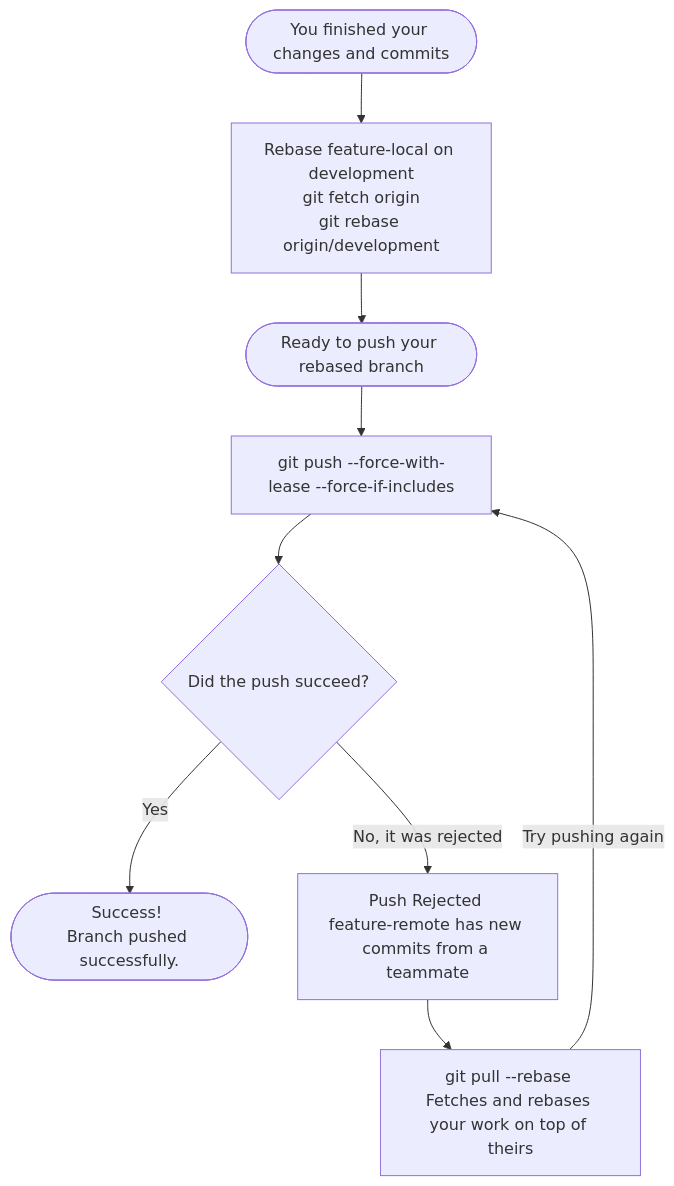
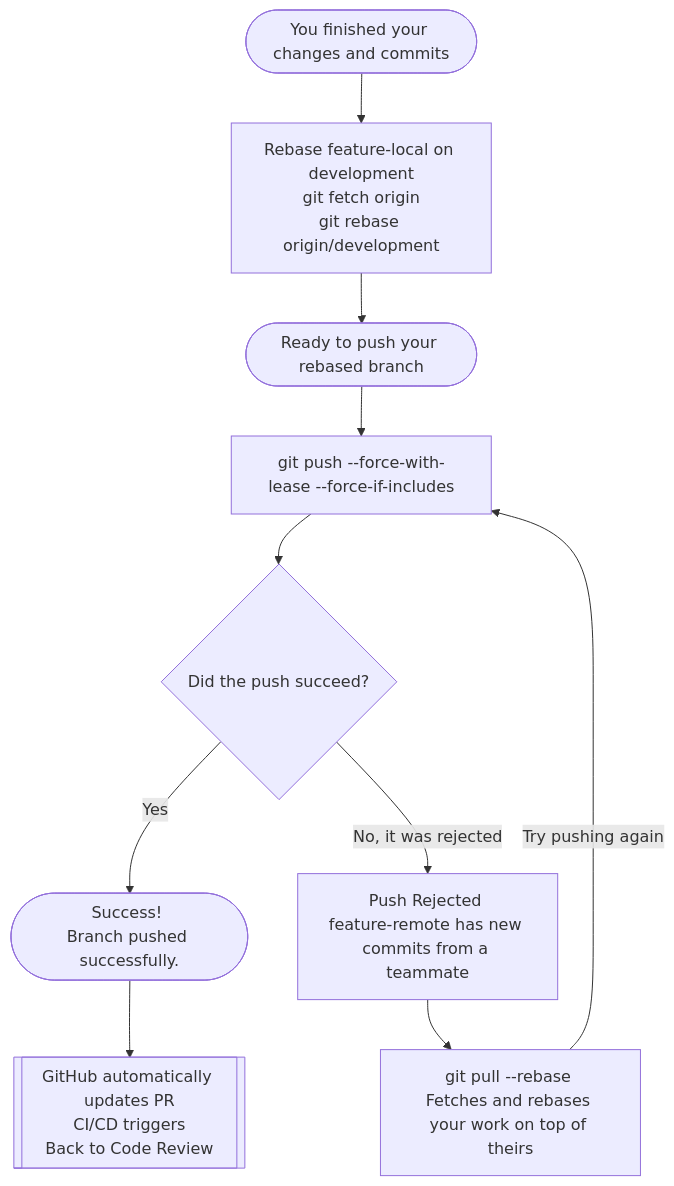
Before and after one commit to zurcacielos/git-rebase-explained-to-infinity: the second of 14 diagrams in README.md, drawn with Mermaid. The commit also changed other lines of this file, not shown here.

Commit message:
added step CI/CD after success

````diff
--- a/README.md
+++ b/README.md
@@ -81,18 +79,20 @@
 ```mermaid
 flowchart TD
     Start([You finished your changes and commits]) --> RebaseLocal[Rebase feature-local on development<br>git fetch origin<br>git rebase origin/development]
     
     RebaseLocal --> Ready([Ready to push your rebased branch])
     
     Ready --> Push1[git push --force-with-lease --force-if-includes]
     
     Push1 --> Check1{Did the push succeed?}
     
     Check1 -- Yes --> Success1([Success! <br>Branch pushed successfully.])
     
+    Success1 --> AutoPR[[GitHub automatically updates PR<br>CI/CD triggers<br>Back to Code Review]]
+    
     Check1 -- No, it was rejected --> Rejected[Push Rejected <br>feature-remote has new commits from a teammate]
     
     Rejected --> PullRebase[git pull --rebase <br>Fetches and rebases your work on top of theirs]
     
     PullRebase -->|Try pushing again| Push1
 ```
````
